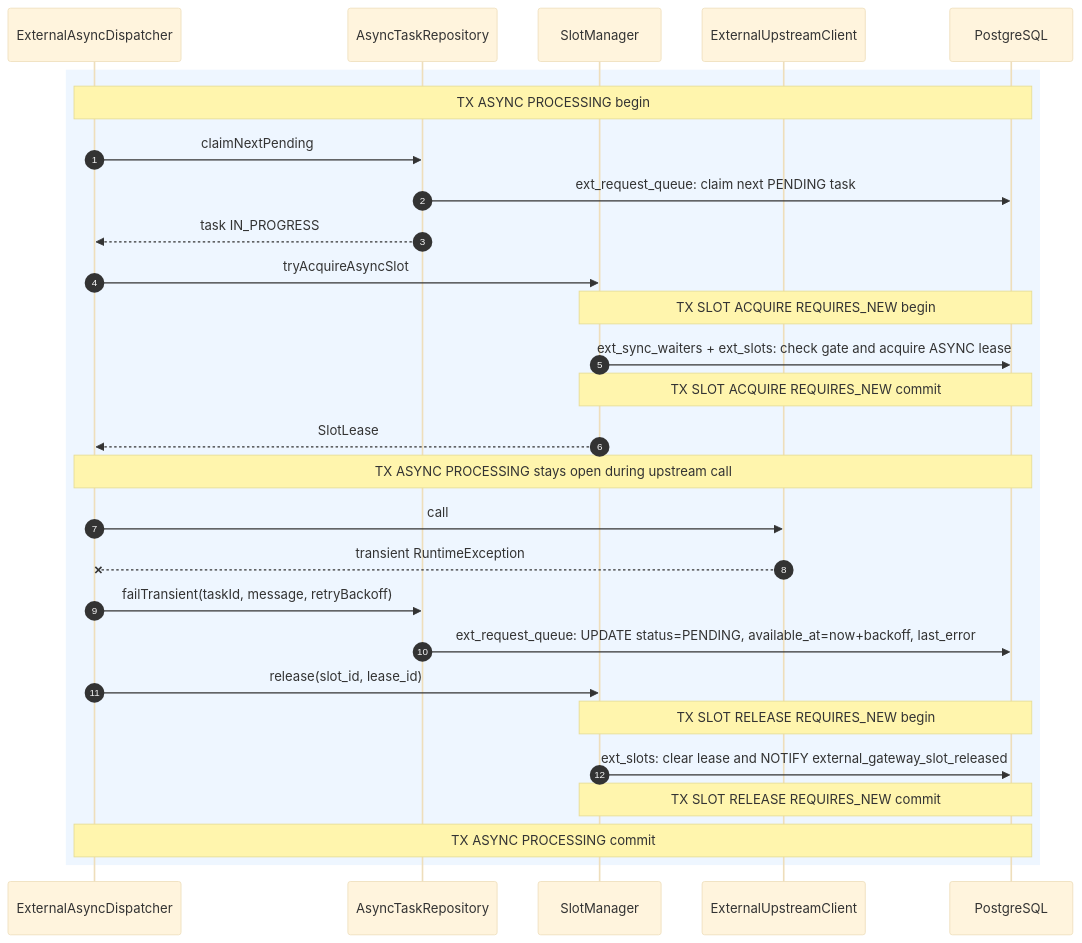
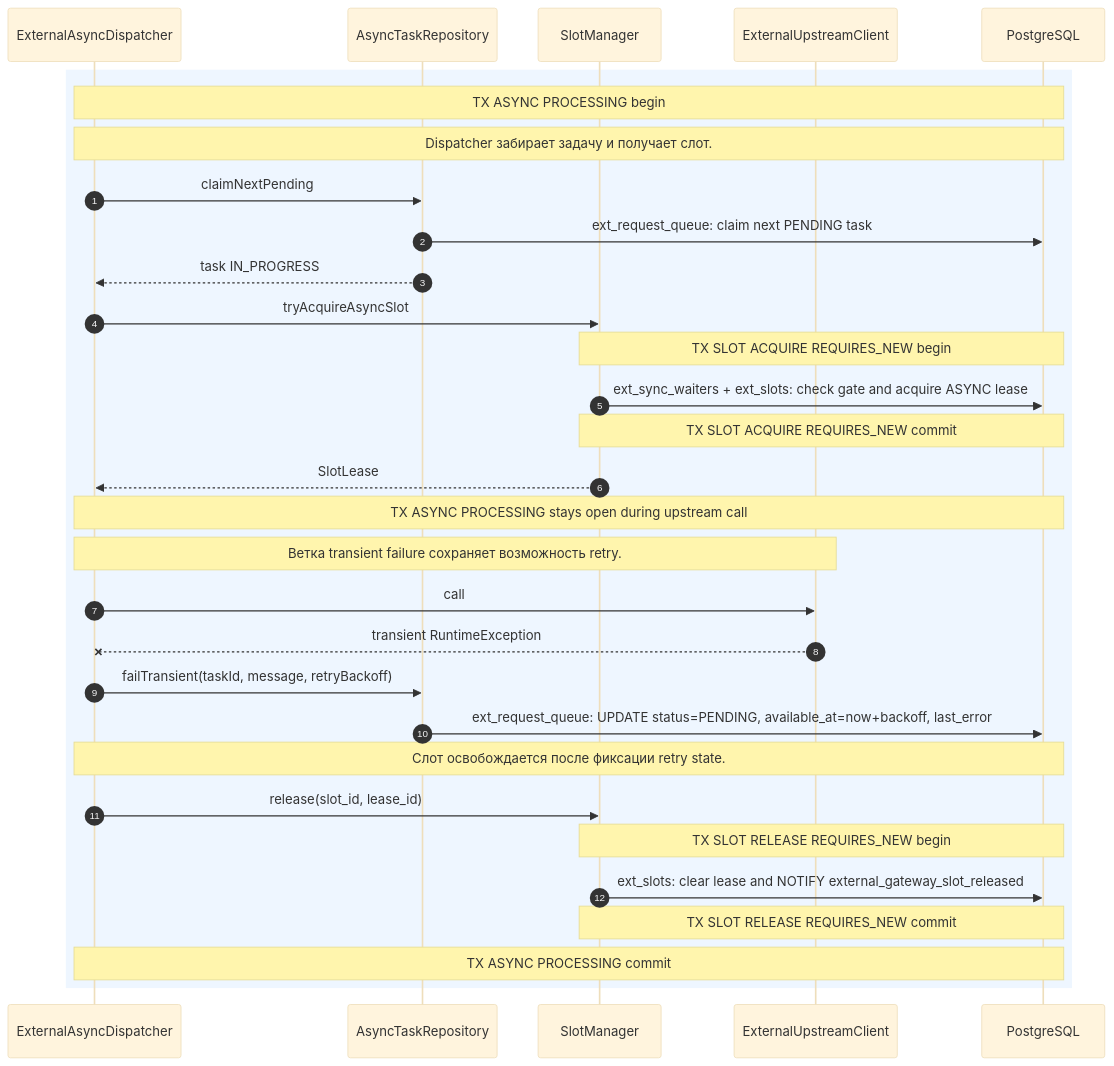
Before and after one commit to DenisVanin4402/TestQwenCli: the seventh of 12 diagrams in docs/external-service-gateway/architecture/06-sequence-async.md, drawn with Mermaid (base theme). The commit also changed other lines of this file and 2 other files, not shown here.

Commit message:
диаграммы обновлены детализацией sequence

````diff
--- a/docs/external-service-gateway/architecture/06-sequence-async.md
+++ b/docs/external-service-gateway/architecture/06-sequence-async.md
@@ -214,31 +368,34 @@
 ```mermaid
 sequenceDiagram
     autonumber
     participant Dispatcher as ExternalAsyncDispatcher
     participant Tasks as AsyncTaskRepository
     participant Slots as SlotManager
     participant Upstream as ExternalUpstreamClient
     participant DB as PostgreSQL
 
     rect rgb(238, 246, 255)
         Note over Dispatcher,DB: TX ASYNC PROCESSING begin
+        Note over Dispatcher,DB: Dispatcher забирает задачу и получает слот.
         Dispatcher->>Tasks: claimNextPending
         Tasks->>DB: ext_request_queue: claim next PENDING task
         Tasks-->>Dispatcher: task IN_PROGRESS
         Dispatcher->>Slots: tryAcquireAsyncSlot
         Note over Slots,DB: TX SLOT ACQUIRE REQUIRES_NEW begin
         Slots->>DB: ext_sync_waiters + ext_slots: check gate and acquire ASYNC lease
         Note over Slots,DB: TX SLOT ACQUIRE REQUIRES_NEW commit
         Slots-->>Dispatcher: SlotLease
         Note over Dispatcher,DB: TX ASYNC PROCESSING stays open during upstream call
+        Note over Dispatcher,Upstream: Ветка transient failure сохраняет возможность retry.
         Dispatcher->>Upstream: call
         Upstream--xDispatcher: transient RuntimeException
         Dispatcher->>Tasks: failTransient(taskId, message, retryBackoff)
         Tasks->>DB: ext_request_queue: UPDATE status=PENDING, available_at=now+backoff, last_error
+        Note over Dispatcher,DB: Слот освобождается после фиксации retry state.
         Dispatcher->>Slots: release(slot_id, lease_id)
         Note over Slots,DB: TX SLOT RELEASE REQUIRES_NEW begin
         Slots->>DB: ext_slots: clear lease and NOTIFY external_gateway_slot_released
         Note over Slots,DB: TX SLOT RELEASE REQUIRES_NEW commit
         Note over Dispatcher,DB: TX ASYNC PROCESSING commit
     end
 ```
````
